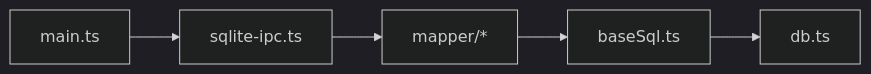
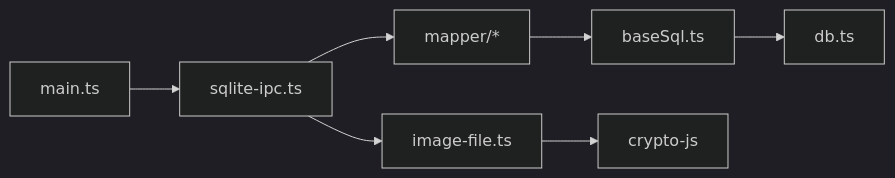
One commit to scgithub3220216/password-manager changed the eighth of 9 diagrams in .qoder/repowiki/zh/content/数据库系统/数据库架构设计.md. Above: the diagram before and after it, drawn with Mermaid (dark theme). The commit also changed other lines of this file and 23 other files, not shown here.

First line of the commit message:
feat(sync): 完善图像数据同步架构与处理逻辑

````diff
--- a/.qoder/repowiki/zh/content/数据库系统/数据库架构设计.md
+++ b/.qoder/repowiki/zh/content/数据库系统/数据库架构设计.md
@@ -340,7 +450,9 @@
 ```mermaid
 graph LR
 Mapper["mapper/*"] --> Base["baseSql.ts"]
 Base --> DB["db.ts"]
 IPC["sqlite-ipc.ts"] --> Mapper
+IPC --> ImageFile["image-file.ts"]
 MAIN["main.ts"] --> IPC
+ImageFile --> CryptoJS["crypto-js"]
 ```
````
